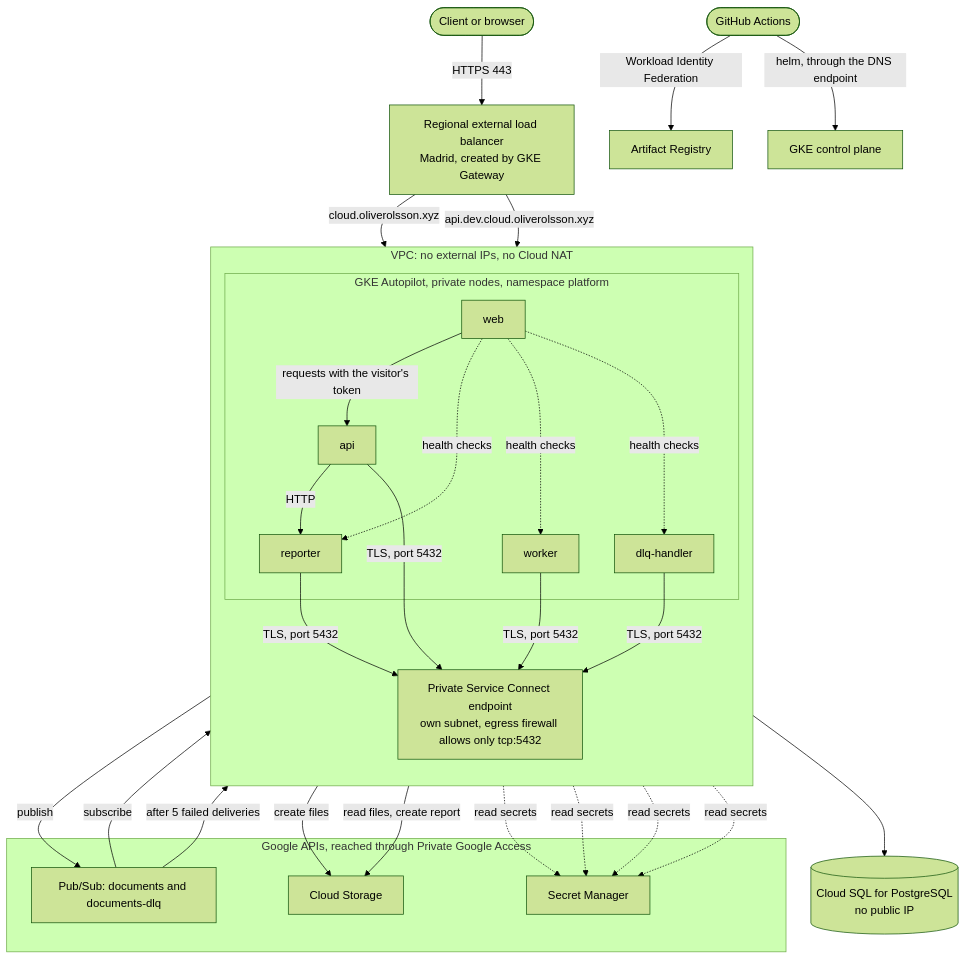
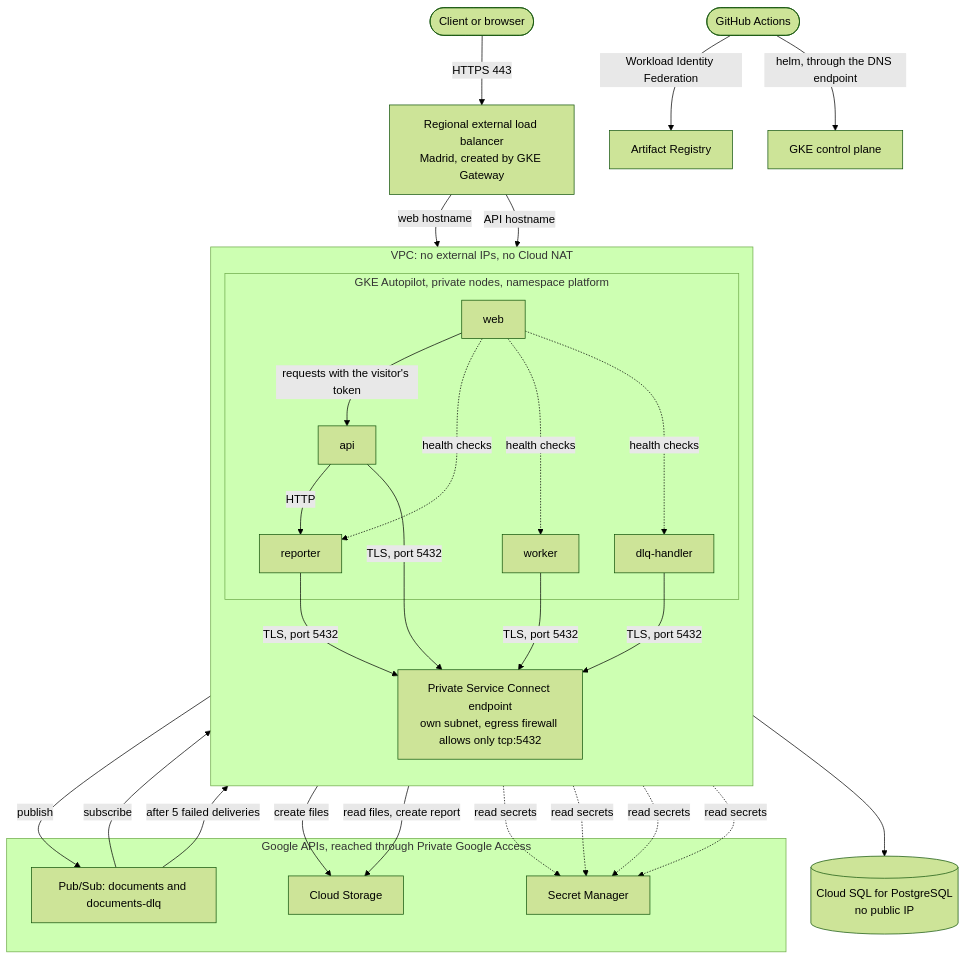
One commit to oliverxyz/google-cloud-terraform changed the diagram in README.md. Above: the diagram before and after it, drawn with Mermaid (forest theme). The commit also changed other lines of this file and 15 other files, not shown here.

````diff
--- a/README.md
+++ b/README.md
@@ -15,39 +15,39 @@
 ```mermaid
 flowchart TB
     client([Client or browser]) -- "HTTPS 443" --> lb["Regional external load balancer<br/>Madrid, created by GKE Gateway"]
     gha([GitHub Actions]) -- "Workload Identity Federation" --> ar[Artifact Registry]
     gha -- "helm, through the DNS endpoint" --> cp[GKE control plane]
 
     subgraph vpc["VPC: no external IPs, no Cloud NAT"]
         direction TB
         subgraph gke["GKE Autopilot, private nodes, namespace platform"]
             web[web]
             api[api]
             reporter[reporter]
             worker[worker]
             dlq[dlq-handler]
         end
         psc["Private Service Connect endpoint<br/>own subnet, egress firewall allows only tcp:5432"]
     end
 
-    lb -- "cloud.oliverolsson.xyz" --> web
-    lb -- "api.dev.cloud.oliverolsson.xyz" --> api
+    lb -- "web hostname" --> web
+    lb -- "API hostname" --> api
     web -- "requests with the visitor's token" --> api
     web -. "health checks" .-> reporter & worker & dlq
     api -- HTTP --> reporter
     api & worker & dlq & reporter -- "TLS, port 5432" --> psc
     psc --> sql[("Cloud SQL for PostgreSQL<br/>no public IP")]
 
     subgraph google["Google APIs, reached through Private Google Access"]
         pubsub[Pub/Sub: documents and documents-dlq]
         gcs[Cloud Storage]
         sm[Secret Manager]
     end
 
     api -- publish --> pubsub
     pubsub -- subscribe --> worker
     pubsub -- "after 5 failed deliveries" --> dlq
     worker -- create files --> gcs
     reporter -- "read files, create report" --> gcs
     api & worker & dlq & reporter -. read secrets .-> sm
 ```
````
